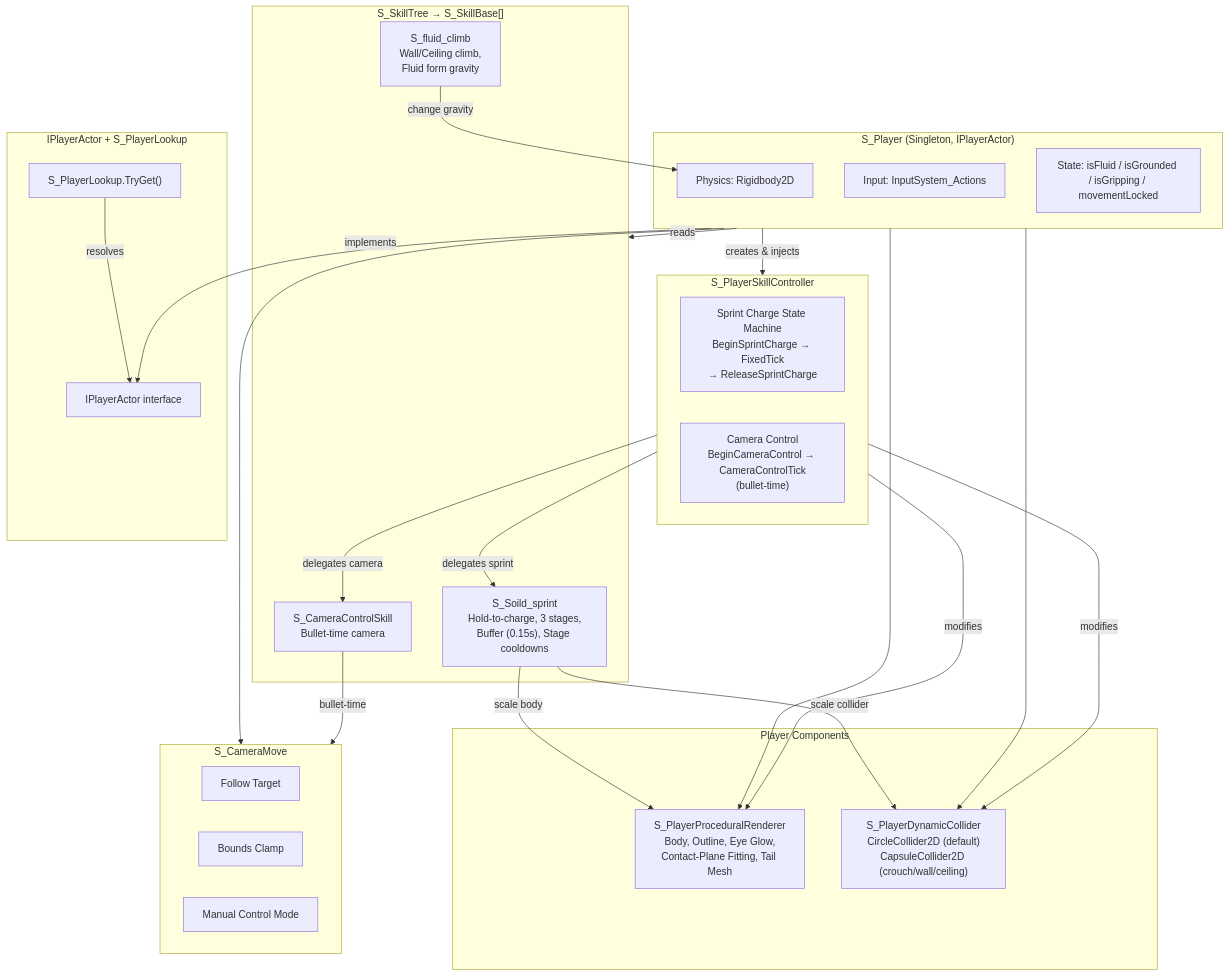
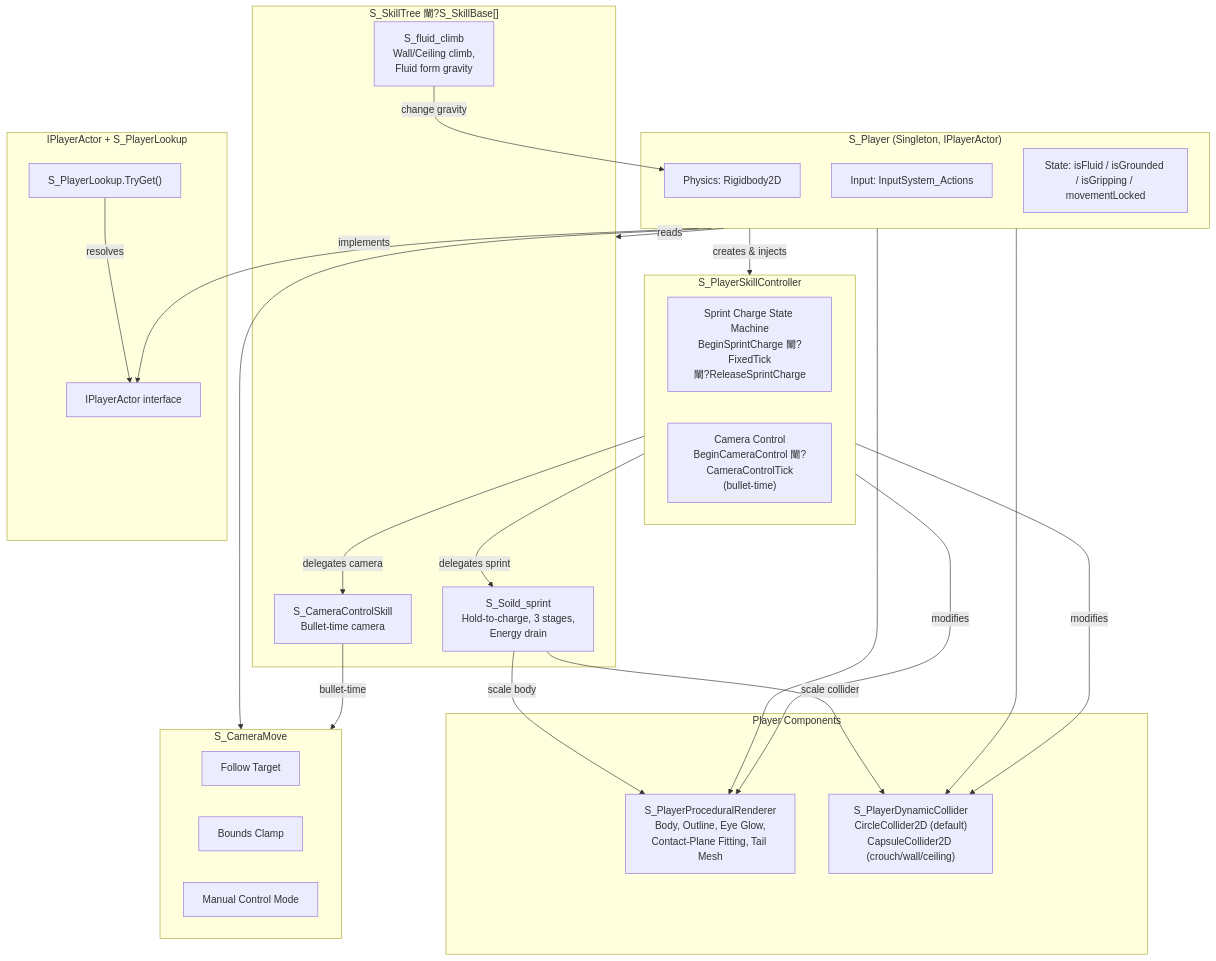
The fourth of 9 diagrams in InkForm/Assets/Perfab/Script/Project_Prompt/Architecture.md (pengzzzccc/Inkform-repo-v3), drawn with Mermaid before and after one commit. The commit also changed other lines of this file and 51 other files, not shown here.

````diff
--- a/InkForm/Assets/Perfab/Script/Project_Prompt/Architecture.md
+++ b/InkForm/Assets/Perfab/Script/Project_Prompt/Architecture.md
@@ -745,53 +755,53 @@
 ```mermaid
 graph TB
     subgraph PlayerCore["S_Player (Singleton, IPlayerActor)"]
         PV["Physics: Rigidbody2D"]
         PI["Input: InputSystem_Actions"]
         PF["State: isFluid / isGrounded / isGripping / movementLocked"]
     end
 
     subgraph SkillCtrl["S_PlayerSkillController"]
-        SC_Sprint["Sprint Charge State Machine<br/>BeginSprintCharge → FixedTick<br/>→ ReleaseSprintCharge"]
-        SC_Cam["Camera Control<br/>BeginCameraControl → CameraControlTick<br/>(bullet-time)"]
+        SC_Sprint["Sprint Charge State Machine<br/>BeginSprintCharge 閳?FixedTick<br/>閳?ReleaseSprintCharge"]
+        SC_Cam["Camera Control<br/>BeginCameraControl 閳?CameraControlTick<br/>(bullet-time)"]
     end
 
     subgraph Components["Player Components"]
         SPR["S_PlayerProceduralRenderer<br/>Body, Outline, Eye Glow,<br/>Contact-Plane Fitting, Tail Mesh"]
         PDC["S_PlayerDynamicCollider<br/>CircleCollider2D (default)<br/>CapsuleCollider2D (crouch/wall/ceiling)"]
     end
 
-    subgraph SkillTree["S_SkillTree → S_SkillBase[]"]
-        SS["S_Soild_sprint<br/>Hold-to-charge, 3 stages,<br/>Buffer (0.15s), Stage cooldowns"]
+    subgraph SkillTree["S_SkillTree 閳?S_SkillBase[]"]
+        SS["S_Soild_sprint<br/>Hold-to-charge, 3 stages,<br/>Energy drain"]
         SC["S_fluid_climb<br/>Wall/Ceiling climb,<br/>Fluid form gravity"]
         SCC["S_CameraControlSkill<br/>Bullet-time camera"]
     end
 
     subgraph Camera["S_CameraMove"]
         CF["Follow Target"]
         CB["Bounds Clamp"]
         CM["Manual Control Mode"]
     end
 
     subgraph Contracts["IPlayerActor + S_PlayerLookup"]
         IPA["IPlayerActor interface"]
         PLU["S_PlayerLookup.TryGet()"]
     end
 
     PlayerCore -->|"creates & injects"| SkillCtrl
     PlayerCore --> SPR
     PlayerCore --> PDC
     SkillCtrl -->|"delegates sprint"| SS
     SkillCtrl -->|"delegates camera"| SCC
     SkillCtrl -->|"modifies"| SPR
     SkillCtrl -->|"modifies"| PDC
     PlayerCore -->|"reads"| SkillTree
     PlayerCore --> Camera
 
     SS -->|"scale body"| SPR
     SS -->|"scale collider"| PDC
     SC -->|"change gravity"| PV
     SCC -->|"bullet-time"| Camera
 
     PlayerCore -->|"implements"| IPA
     PLU -->|"resolves"| IPA
 ```
````
